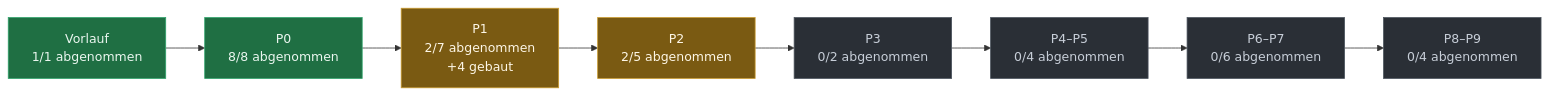
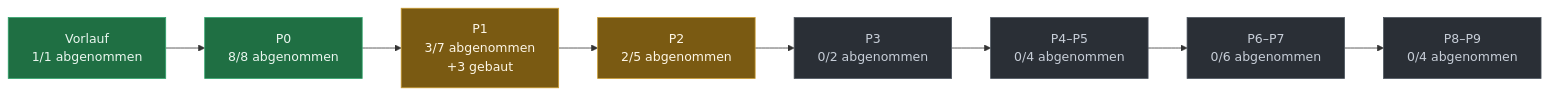
Before and after one commit to evenacadia-tech/Nakama: the diagram in docs/PLAN-STAND.md, drawn with Mermaid. The commit also changed other lines of this file and 1 other file, not shown here.

````diff
--- a/docs/PLAN-STAND.md
+++ b/docs/PLAN-STAND.md
@@ -40,21 +40,21 @@
 ```mermaid
 flowchart LR
   P0["Vorlauf<br/>1/1 abgenommen"]:::fertig
   P1["P0<br/>8/8 abgenommen"]:::fertig
   P0 --> P1
-  P2["P1<br/>2/7 abgenommen<br/>+4 gebaut"]:::laeuft
+  P2["P1<br/>3/7 abgenommen<br/>+3 gebaut"]:::laeuft
   P1 --> P2
   P3["P2<br/>2/5 abgenommen"]:::laeuft
   P2 --> P3
   P4["P3<br/>0/2 abgenommen"]:::offen
   P3 --> P4
   P5["P4–P5<br/>0/4 abgenommen"]:::offen
   P4 --> P5
   P6["P6–P7<br/>0/6 abgenommen"]:::offen
   P5 --> P6
   P7["P8–P9<br/>0/4 abgenommen"]:::offen
   P6 --> P7
   classDef fertig fill:#1f6f43,stroke:#2ea36a,color:#eaf6ef
   classDef laeuft fill:#7a5a12,stroke:#c99a2e,color:#fdf6e6
   classDef offen  fill:#2a2f36,stroke:#4a525c,color:#c7ced8
 ```
````
